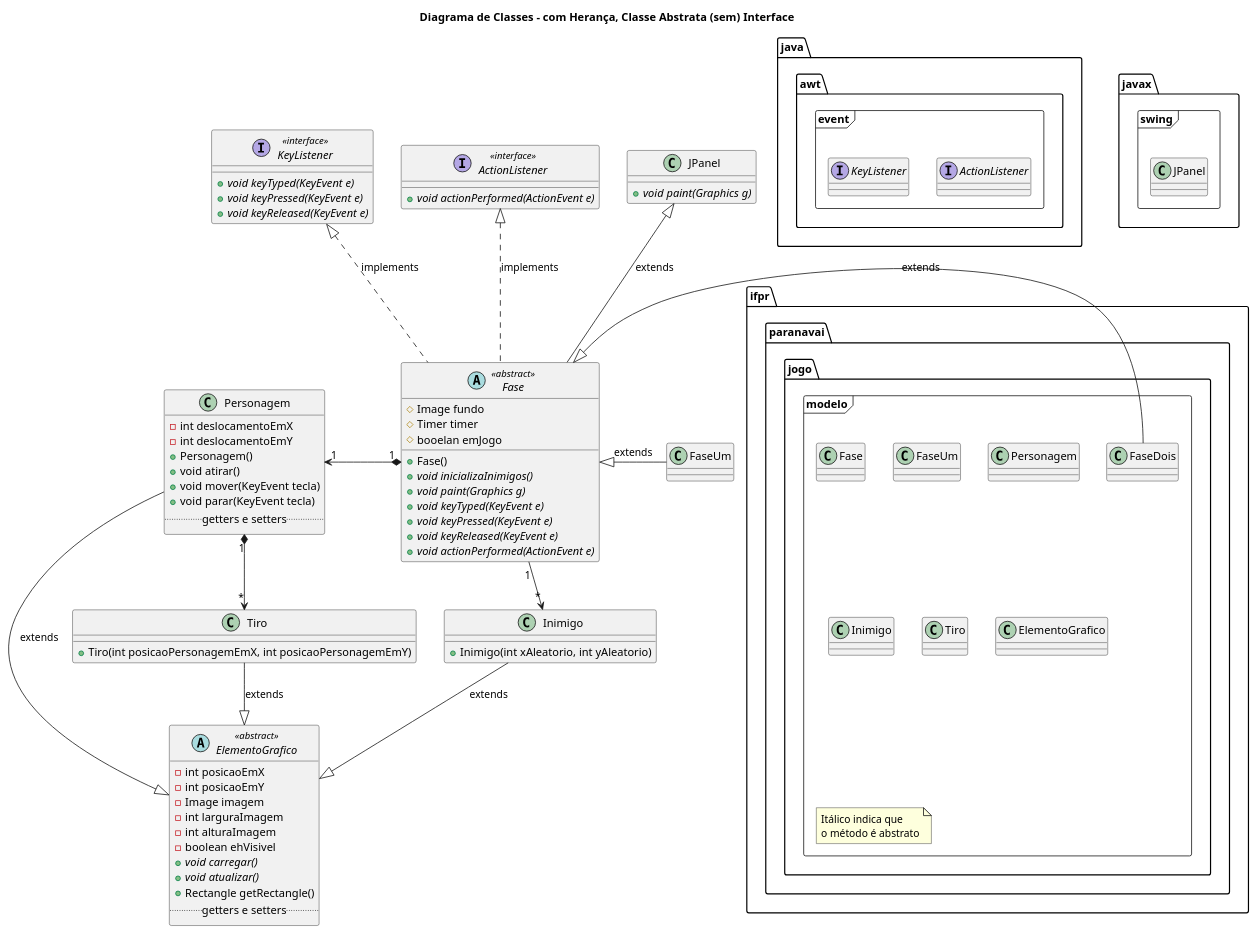
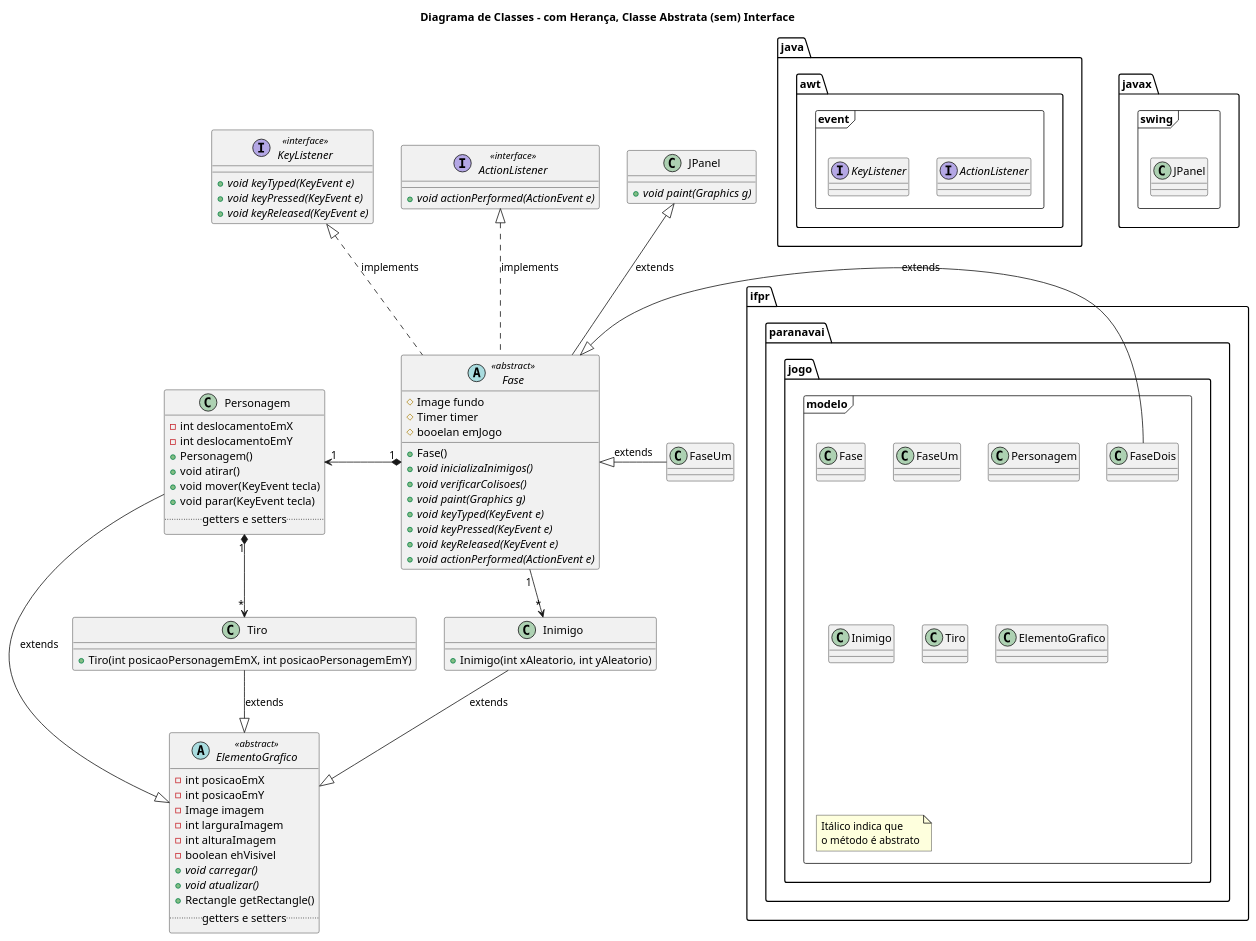
Before and after one commit to terenciani/jogo-2d-ifpr-2023: the diagram in uml/diagrama-classe.puml, drawn with PlantUML. The commit also changed 4 other files, not shown here.

```diff
--- a/uml/diagrama-classe.puml
+++ b/uml/diagrama-classe.puml
@@ -1,103 +1,104 @@
 @startuml
 
 title Diagrama de Classes - com Herança, Classe Abstrata (sem) Interface
 
 package ifpr.paranavai.jogo.modelo <<Frame>> {
     class Fase
     class FaseUm
     class FaseDois
     class Personagem
     class Inimigo
     class Tiro
     class ElementoGrafico
     note "Itálico indica que\no método é abstrato" as N1
 }
 
 package java.awt.event <<Frame>> {
     interface ActionListener
     interface KeyListener
 }
 
 
 package javax.swing <<Frame>> {
   class JPanel
 }
 
 abstract class ElementoGrafico <<abstract>> {
     -int posicaoEmX
     -int posicaoEmY
     -Image imagem
     -int larguraImagem
     -int alturaImagem 
     -boolean ehVisivel   
     +{abstract} void carregar()
     +{abstract} void atualizar()
     +Rectangle getRectangle()
     .. getters e setters ..
 }
 
 abstract class Fase <<abstract>>{
     #Image fundo
     #Timer timer
     #booelan emJogo
     +Fase()
-    +{abstract} void inicializaInimigos()
+    +{abstract} void inicializaInimigos()    
+    +{abstract} void verificarColisoes()
     +{abstract} void paint(Graphics g)
     +{abstract} void keyTyped(KeyEvent e)
     +{abstract} void keyPressed(KeyEvent e)
     +{abstract} void keyReleased(KeyEvent e)
     +{abstract} void actionPerformed(ActionEvent e)
 }
 
 class Personagem{
     -int deslocamentoEmX
     -int deslocamentoEmY
     +Personagem()
     +void atirar()
     +void mover(KeyEvent tecla)
     +void parar(KeyEvent tecla)
     .. getters e setters ..
 }
 
 class Inimigo{
     +Inimigo(int xAleatorio, int yAleatorio)
 }
 
 class Tiro {
     +Tiro(int posicaoPersonagemEmX, int posicaoPersonagemEmY)
 }
 
 class FaseUm {    
     
 }
 
 class JPanel{
     +{abstract} void paint(Graphics g)
 }
 interface ActionListener <<interface>> {
     +{abstract} void actionPerformed(ActionEvent e)
 }
 
 interface KeyListener <<interface>> {
     +{abstract} void keyTyped(KeyEvent e)
     +{abstract} void keyPressed(KeyEvent e)
     +{abstract} void keyReleased(KeyEvent e)
 }
 
 Fase -up-|> JPanel: extends
 Fase -up.|> ActionListener: implements
 Fase -up.|> KeyListener: implements
 FaseUm -left-|> Fase: extends
 FaseDois -left-|> Fase: extends
 
 
 Fase "1" *-left-> "1" Personagem
 Inimigo "*" <-up- "1" Fase
 
 Personagem "1" *--> "*" Tiro
 Personagem --|> ElementoGrafico: extends
 
 Tiro --|> ElementoGrafico: extends
 
 Inimigo --|> ElementoGrafico: extends
 @enduml
```
